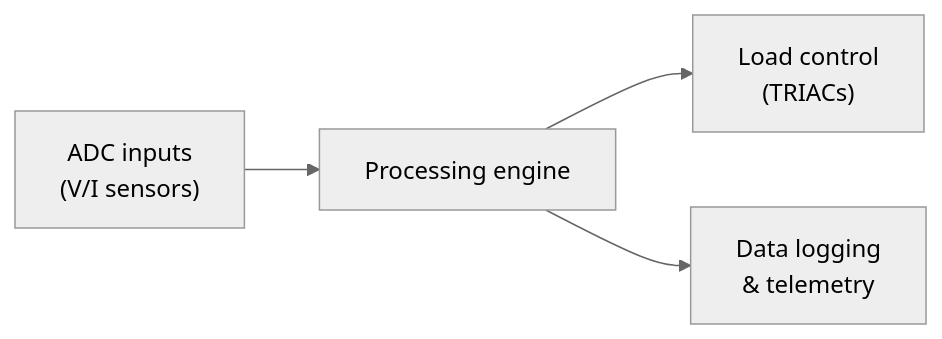
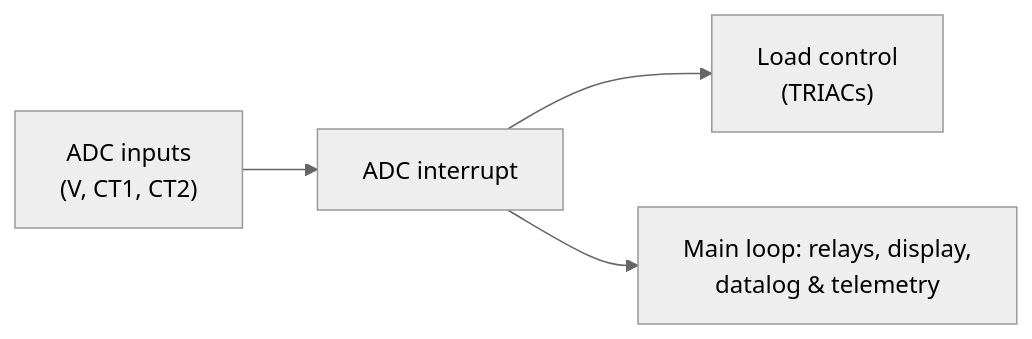
Before and after one commit to FredM67/PVRouter-1-phase: the diagram in Mk2_1phase_RFdatalog_temp/docs/README.md, drawn with Mermaid (neutral theme). The commit also changed other lines of this file and 4 other files, not shown here.

````diff
--- a/Mk2_1phase_RFdatalog_temp/docs/README.md
+++ b/Mk2_1phase_RFdatalog_temp/docs/README.md
@@ -37,5 +26,5 @@
 ```mermaid
 flowchart LR
-    ADC["ADC inputs<br/>(V/I sensors)"] --> P["Processing engine"] --> L["Load control<br/>(TRIACs)"]
-    P --> D["Data logging<br/>& telemetry"]
+    ADC["ADC inputs<br/>(V, CT1, CT2)"] --> P["ADC interrupt"] --> L["Load control<br/>(TRIACs)"]
+    P --> D["Main loop: relays, display,<br/>datalog & telemetry"]
 ```
````
